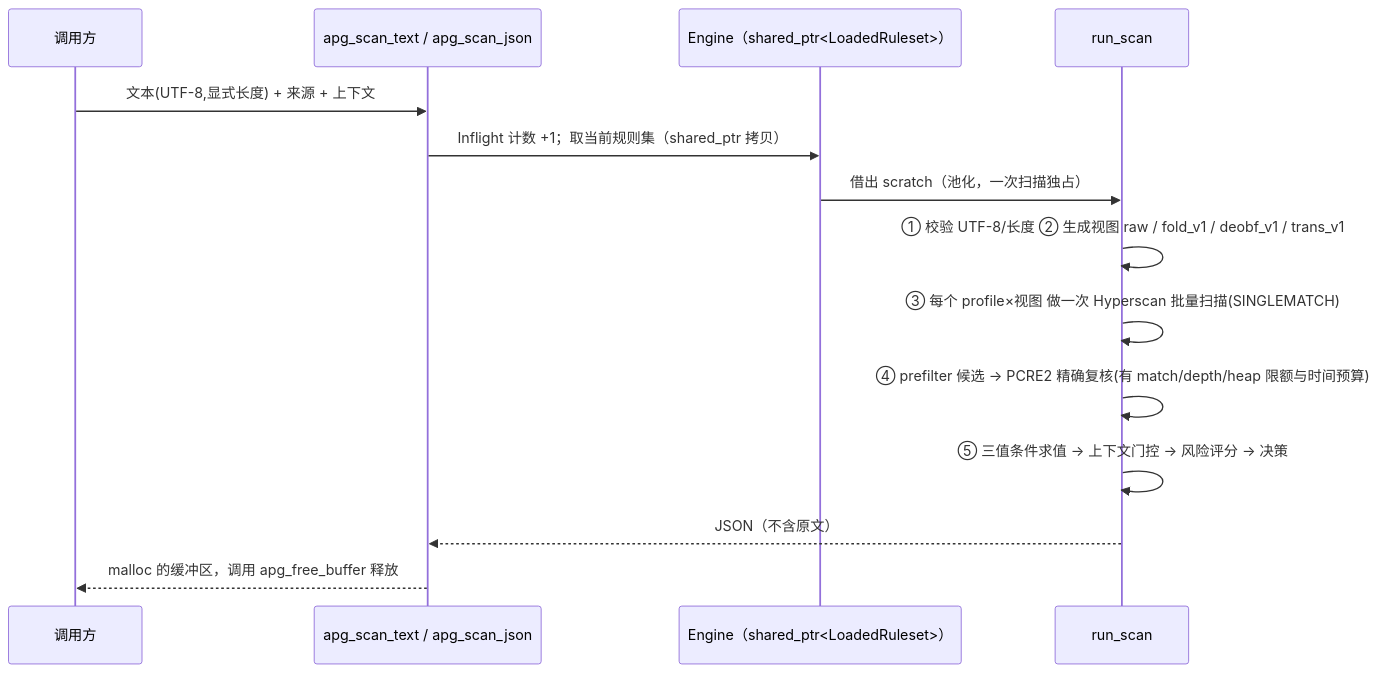
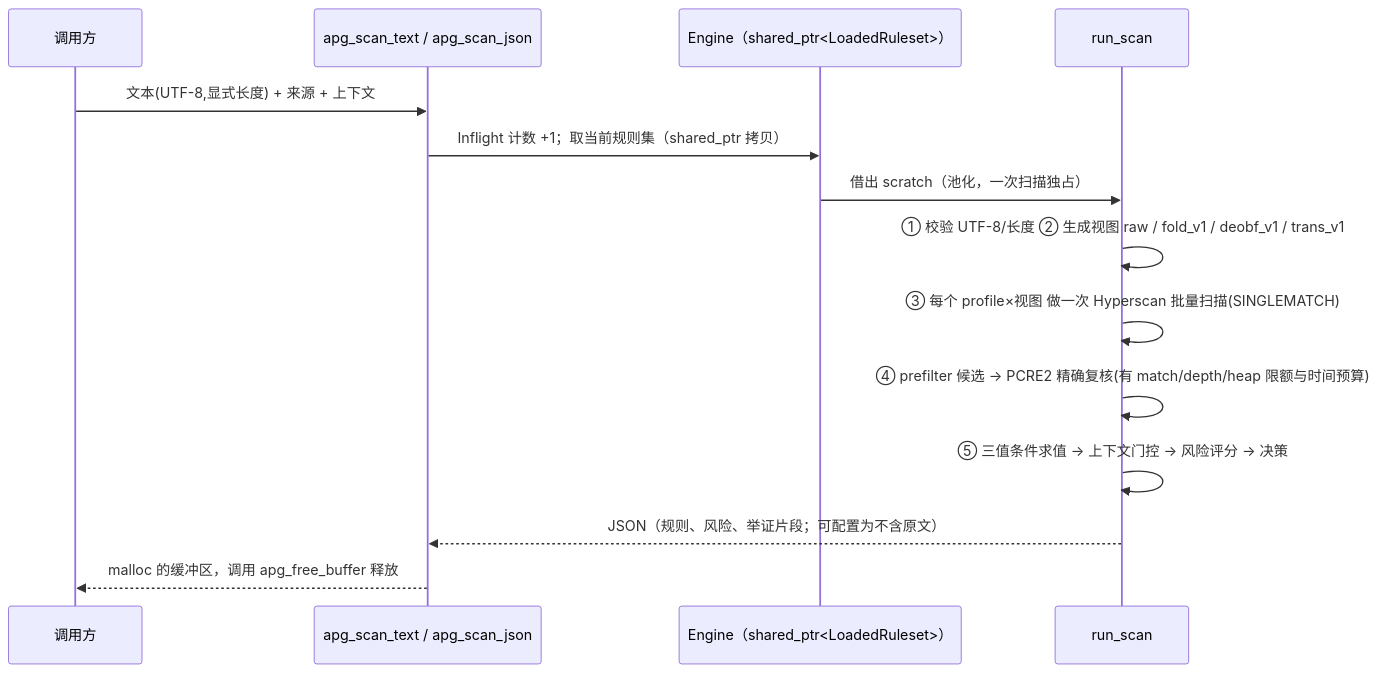
One commit to nordwind66/AI-PROTECT-HS changed the second of 2 diagrams in docs/architecture.md. Above: the diagram before and after it, drawn with Mermaid. The commit also changed other lines of this file and 13 other files, not shown here.

````diff
--- a/docs/architecture.md
+++ b/docs/architecture.md
@@ -68,16 +68,16 @@
 ```mermaid
 sequenceDiagram
   participant App as 调用方
   participant API as apg_scan_text / apg_scan_json
   participant E as Engine（shared_ptr<LoadedRuleset>）
   participant S as run_scan
   App->>API: 文本(UTF-8,显式长度) + 来源 + 上下文
   API->>E: Inflight 计数 +1；取当前规则集（shared_ptr 拷贝）
   E->>S: 借出 scratch（池化，一次扫描独占）
   S->>S: ① 校验 UTF-8/长度  ② 生成视图 raw / fold_v1 / deobf_v1 / trans_v1
   S->>S: ③ 每个 profile×视图 做一次 Hyperscan 批量扫描(SINGLEMATCH)
   S->>S: ④ prefilter 候选 → PCRE2 精确复核(有 match/depth/heap 限额与时间预算)
   S->>S: ⑤ 三值条件求值 → 上下文门控 → 风险评分 → 决策
-  S-->>API: JSON（不含原文）
+  S-->>API: JSON（规则、风险、举证片段；可配置为不含原文）
   API-->>App: malloc 的缓冲区，调用 apg_free_buffer 释放
 ```
````
